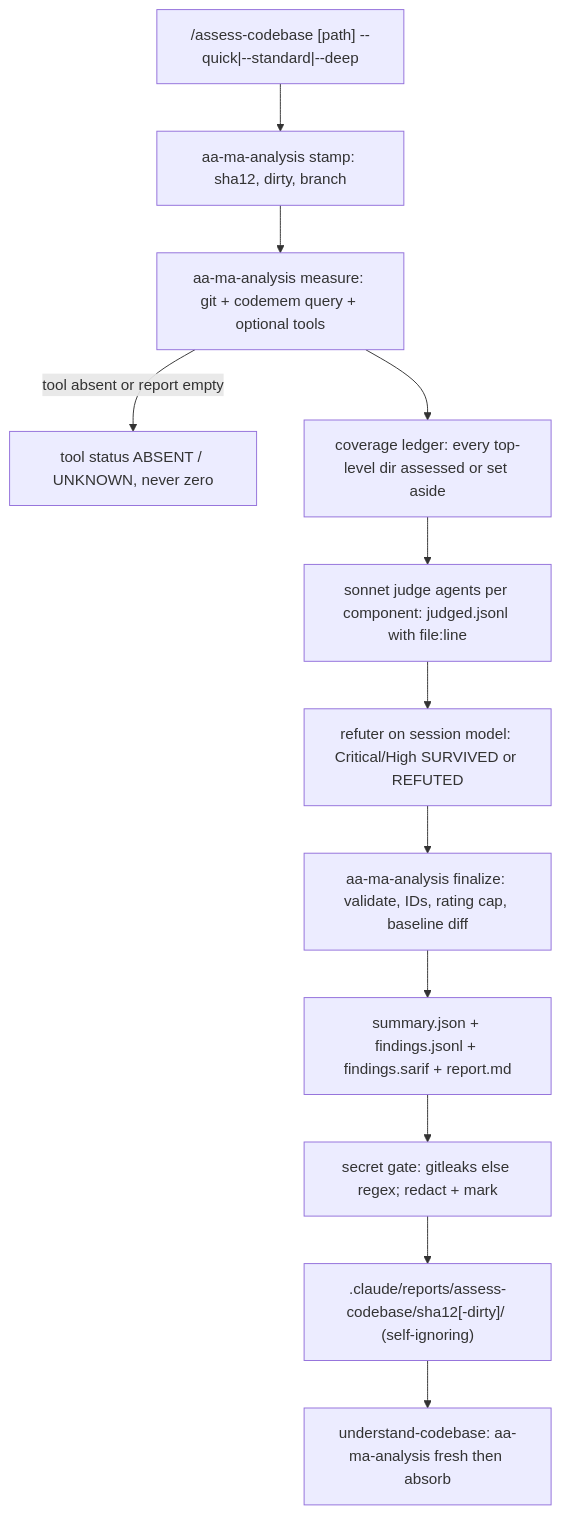
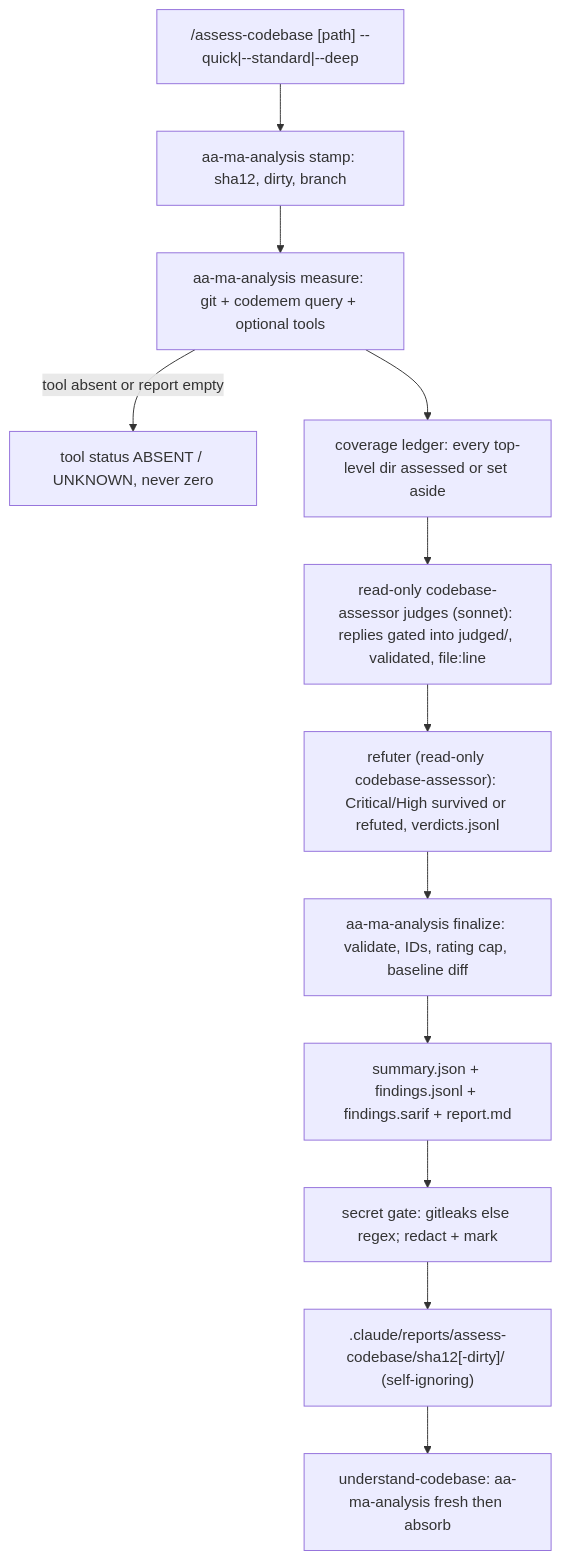
One commit to snewhouse/aa-ma-forge changed the second of 3 diagrams in .claude/dev/active/codebase-analysis-skills/codebase-analysis-skills-plan.md. Above: the diagram before and after it, drawn with Mermaid. The commit also changed other lines of this file and 3 other files, not shown here.

````diff
--- a/.claude/dev/active/codebase-analysis-skills/codebase-analysis-skills-plan.md
+++ b/.claude/dev/active/codebase-analysis-skills/codebase-analysis-skills-plan.md
@@ -300,14 +302,14 @@
 ```mermaid
 flowchart TD
   A["/assess-codebase [path] --quick|--standard|--deep"] --> B["aa-ma-analysis stamp: sha12, dirty, branch"]
   B --> C["aa-ma-analysis measure: git + codemem query + optional tools"]
   C -->|tool absent or report empty| U["tool status ABSENT / UNKNOWN, never zero"]
   C --> D["coverage ledger: every top-level dir assessed or set aside"]
-  D --> E["sonnet judge agents per component: judged.jsonl with file:line"]
-  E --> F["refuter on session model: Critical/High SURVIVED or REFUTED"]
+  D --> E["read-only codebase-assessor judges (sonnet): replies gated into judged/, validated, file:line"]
+  E --> F["refuter (read-only codebase-assessor): Critical/High survived or refuted, verdicts.jsonl"]
   F --> G["aa-ma-analysis finalize: validate, IDs, rating cap, baseline diff"]
   G --> H["summary.json + findings.jsonl + findings.sarif + report.md"]
   H --> S["secret gate: gitleaks else regex; redact + mark"]
   S --> R[".claude/reports/assess-codebase/sha12[-dirty]/ (self-ignoring)"]
   R --> V["understand-codebase: aa-ma-analysis fresh then absorb"]
 ```
````
